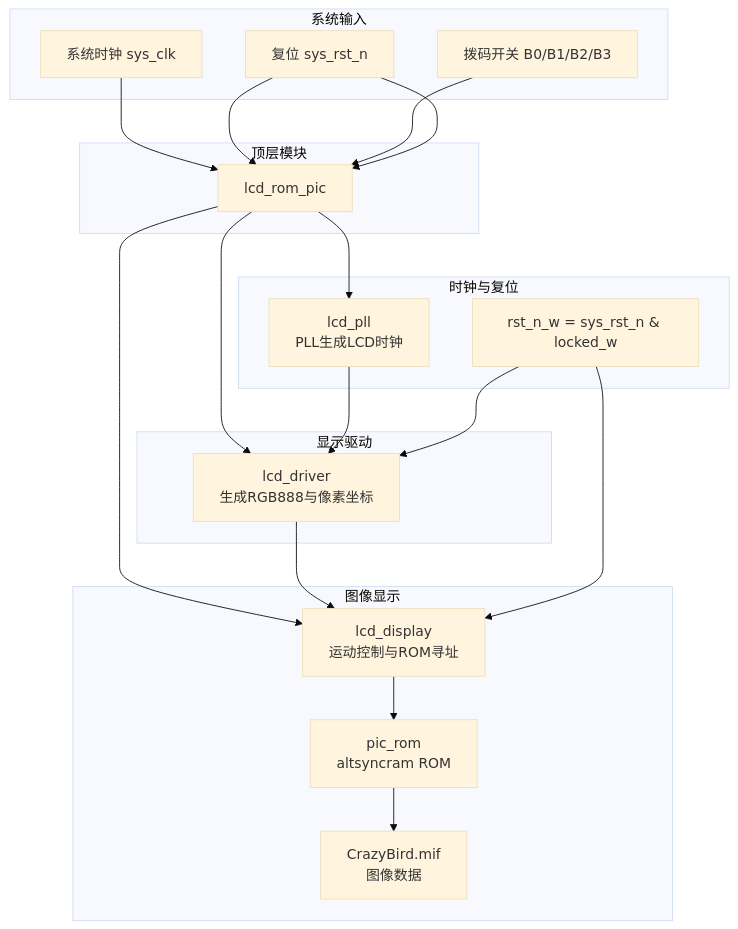
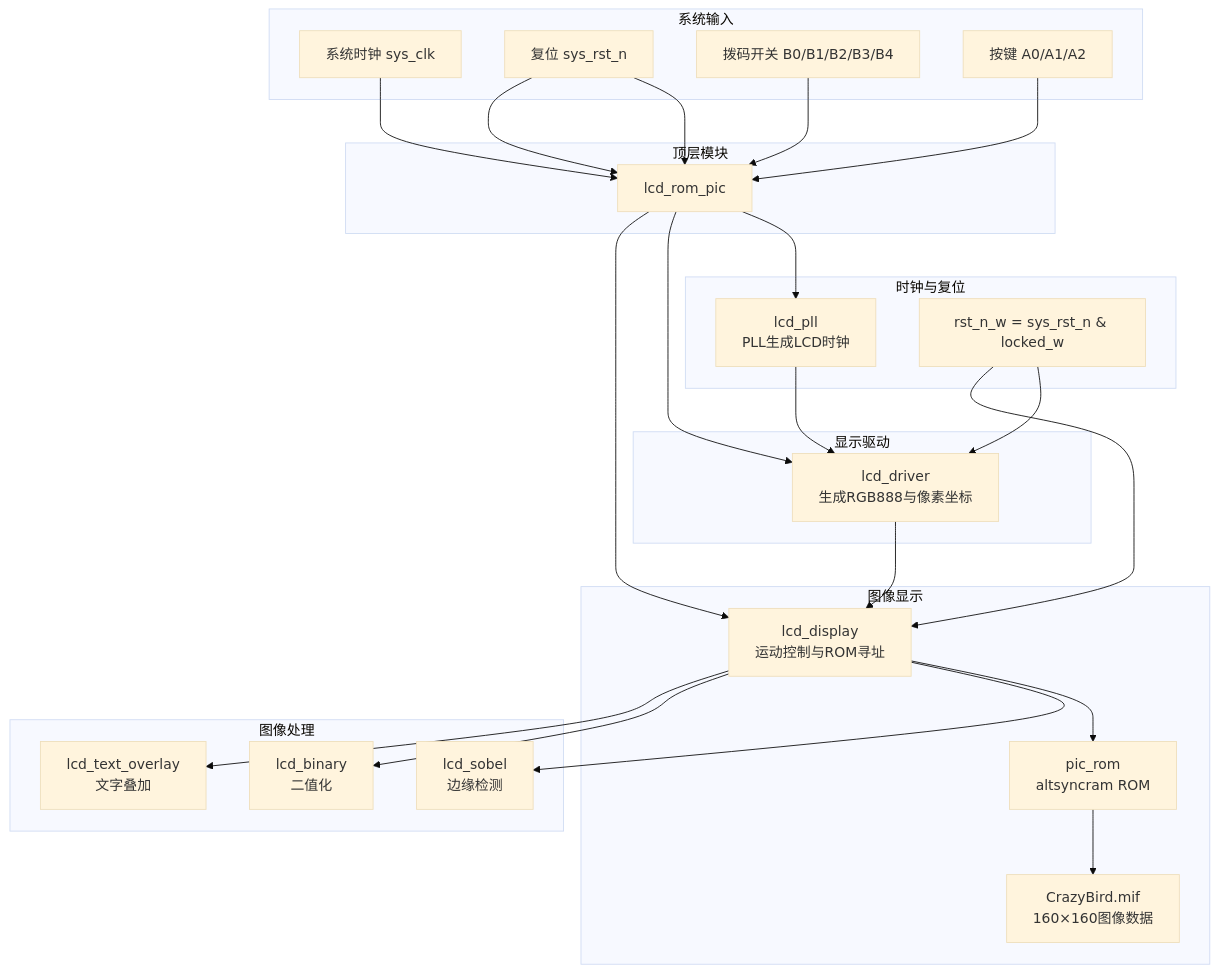
One commit to soupherexd/LCD_ROM_PIC changed the first of 4 diagrams in .qoder/repowiki/zh/content/项目概述/项目介绍.md. Above: the diagram before and after it, drawn with Mermaid (base theme). The commit also changed other lines of this file and 3 other files, not shown here.

````diff
--- a/.qoder/repowiki/zh/content/项目概述/项目介绍.md
+++ b/.qoder/repowiki/zh/content/项目概述/项目介绍.md
@@ -45,36 +57,46 @@
 ```mermaid
 graph TB
 subgraph "系统输入"
 CLK["系统时钟 sys_clk"]
 RST["复位 sys_rst_n"]
-SW["拨码开关 B0/B1/B2/B3"]
+SW["拨码开关 B0/B1/B2/B3/B4"]
+KEY["按键 A0/A1/A2"]
 end
 subgraph "顶层模块"
 TOP["lcd_rom_pic"]
 end
 subgraph "时钟与复位"
 PLL["lcd_pll<br/>PLL生成LCD时钟"]
 RSTMUX["rst_n_w = sys_rst_n & locked_w"]
 end
 subgraph "显示驱动"
 DRV["lcd_driver<br/>生成RGB888与像素坐标"]
 end
 subgraph "图像显示"
 DISP["lcd_display<br/>运动控制与ROM寻址"]
 ROM["pic_rom<br/>altsyncram ROM"]
-MIF["CrazyBird.mif<br/>图像数据"]
+MIF["CrazyBird.mif<br/>160×160图像数据"]
+end
+subgraph "图像处理"
+SOBEL["lcd_sobel<br/>边缘检测"]
+BINARY["lcd_binary<br/>二值化"]
+TEXT["lcd_text_overlay<br/>文字叠加"]
 end
 CLK --> TOP
 RST --> TOP
 SW --> TOP
+KEY --> TOP
 TOP --> PLL
 TOP --> DRV
 TOP --> DISP
 PLL --> DRV
 DRV --> DISP
 DISP --> ROM
 ROM --> MIF
+DISP --> SOBEL
+DISP --> BINARY
+DISP --> TEXT
 RST --> TOP
 RSTMUX --> DRV
 RSTMUX --> DISP
 ```
````
